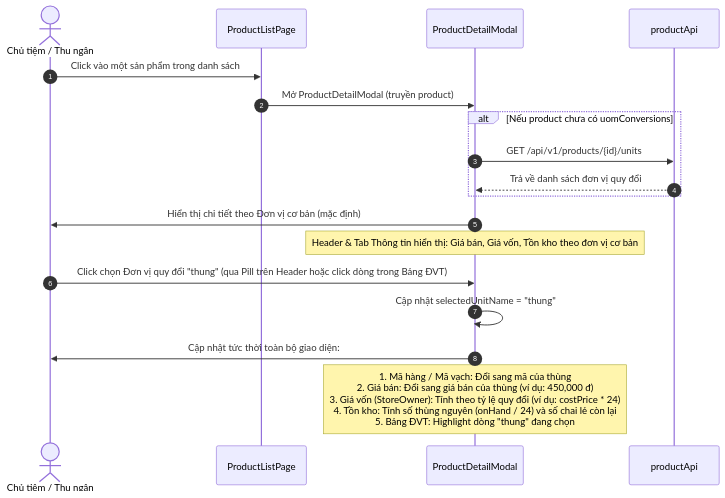
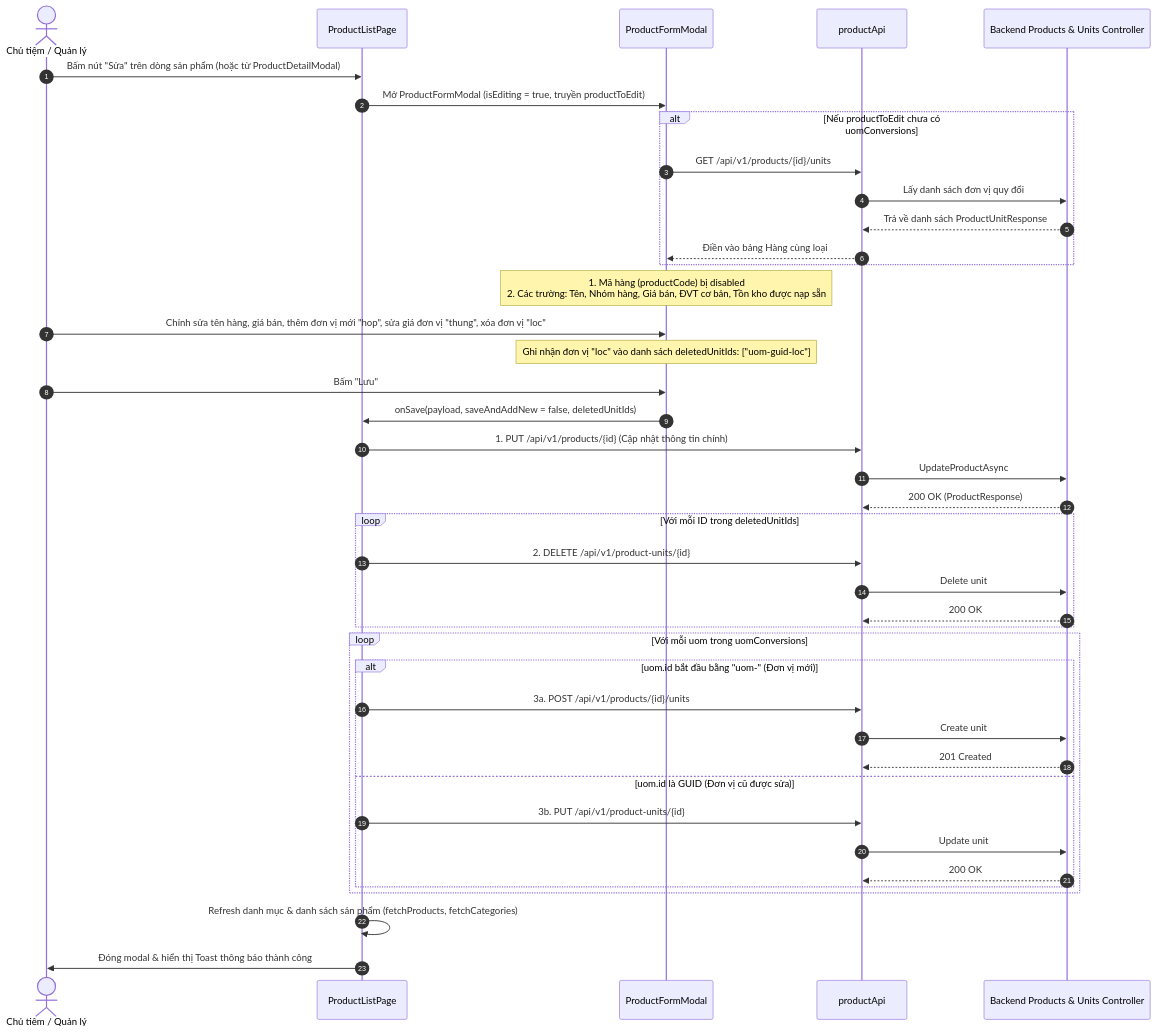
The diagram in team-ai-knowledge/openspec/changes/product-management-ui/design-brief.md (SEP490-G84-MTGRMS/ai-team-kit), drawn with Mermaid before and after one commit. The commit also changed other lines of this file and 1 other file, not shown here.

Commit message:
sep(product-management-ui): update design-brief.md

````diff
--- a/team-ai-knowledge/openspec/changes/product-management-ui/design-brief.md
+++ b/team-ai-knowledge/openspec/changes/product-management-ui/design-brief.md
@@ -6,24 +6,51 @@
 ```mermaid
 sequenceDiagram
     autonumber
-    actor User as Chủ tiệm / Thu ngân
-    participant UI as ProductListPage
-    participant Modal as ProductDetailModal
+    actor User as Chủ tiệm / Quản lý
+    participant List as ProductListPage
+    participant Modal as ProductFormModal
     participant API as productApi
+    participant BE as Backend Products & Units Controller
 
-    User->>UI: Click vào một sản phẩm trong danh sách
-    UI->>Modal: Mở ProductDetailModal (truyền product)
+    User->>List: Bấm nút "Sửa" trên dòng sản phẩm (hoặc từ ProductDetailModal)
+    List->>Modal: Mở ProductFormModal (isEditing = true, truyền productToEdit)
     
-    alt Nếu product chưa có uomConversions
+    alt Nếu productToEdit chưa có uomConversions
         Modal->>API: GET /api/v1/products/{id}/units
-        API-->>Modal: Trả về danh sách đơn vị quy đổi
+        API->>BE: Lấy danh sách đơn vị quy đổi
+        BE-->>API: Trả về danh sách ProductUnitResponse
+        API-->>Modal: Điền vào bảng Hàng cùng loại
     end
 
-    Modal->>User: Hiển thị chi tiết theo Đơn vị cơ bản (mặc định)
-    Note over Modal: Header & Tab Thông tin hiển thị: Giá bán, Giá vốn, Tồn kho theo đơn vị cơ bản
+    Note over Modal: 1. Mã hàng (productCode) bị disabled<br/>2. Các trường: Tên, Nhóm hàng, Giá bán, ĐVT cơ bản, Tồn kho được nạp sẵn
 
-    User->>Modal: Click chọn Đơn vị quy đổi "thung" (qua Pill trên Header hoặc click dòng trong Bảng ĐVT)
-    Modal->>Modal: Cập nhật selectedUnitName = "thung"
-    Modal->>User: Cập nhật tức thời toàn bộ giao diện:
-    Note over Modal: 1. Mã hàng / Mã vạch: Đổi sang mã của thùng<br/>2. Giá bán: Đổi sang giá bán của thùng (ví dụ: 450,000 đ)<br/>3. Giá vốn (StoreOwner): Tính theo tỷ lệ quy đổi (ví dụ: costPrice * 24)<br/>4. Tồn kho: Tính số thùng nguyên (onHand / 24) và số chai lẻ còn lại<br/>5. Bảng ĐVT: Highlight dòng "thung" đang chọn
+    User->>Modal: Chỉnh sửa tên hàng, giá bán, thêm đơn vị mới "hop", sửa giá đơn vị "thung", xóa đơn vị "loc"
+    Note over Modal: Ghi nhận đơn vị "loc" vào danh sách deletedUnitIds: ["uom-guid-loc"]
+    User->>Modal: Bấm "Lưu"
+    Modal->>List: onSave(payload, saveAndAddNew = false, deletedUnitIds)
+
+    List->>API: 1. PUT /api/v1/products/{id} (Cập nhật thông tin chính)
+    API->>BE: UpdateProductAsync
+    BE-->>API: 200 OK (ProductResponse)
+
+    loop Với mỗi ID trong deletedUnitIds
+        List->>API: 2. DELETE /api/v1/product-units/{id}
+        API->>BE: Delete unit
+        BE-->>API: 200 OK
+    end
+
+    loop Với mỗi uom trong uomConversions
+        alt uom.id bắt đầu bằng "uom-" (Đơn vị mới)
+            List->>API: 3a. POST /api/v1/products/{id}/units
+            API->>BE: Create unit
+            BE-->>API: 201 Created
+        else uom.id là GUID (Đơn vị cũ được sửa)
+            List->>API: 3b. PUT /api/v1/product-units/{id}
+            API->>BE: Update unit
+            BE-->>API: 200 OK
+        end
+    end
+
+    List->>List: Refresh danh mục & danh sách sản phẩm (fetchProducts, fetchCategories)
+    List->>User: Đóng modal & hiển thị Toast thông báo thành công
 ```
````
